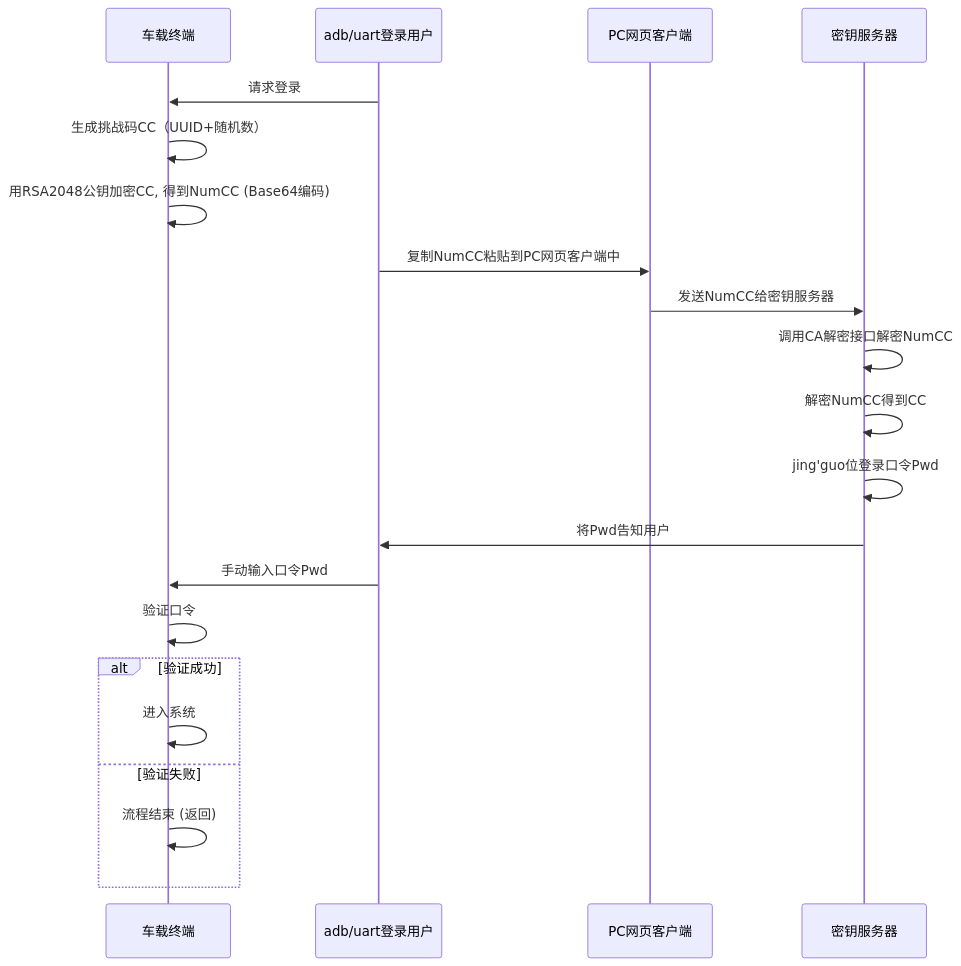
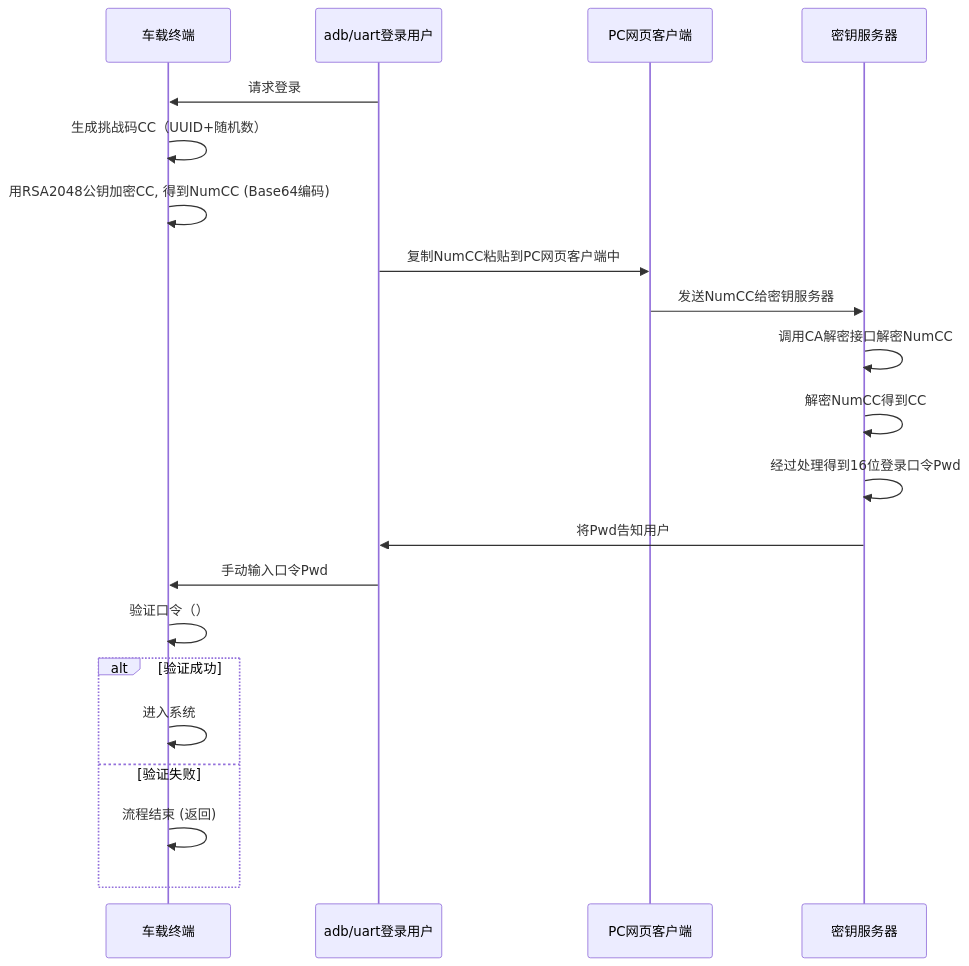
One commit to facebook-cloud/iodraw-files changed the diagram in all/未命名-14.md. Above: the diagram before and after it, drawn with Mermaid.

Commit message:
2026-02-03 13:30:56 update

````diff
--- a/all/未命名-14.md
+++ b/all/未命名-14.md
@@ -1,27 +1,27 @@
 ```mermaid
 sequenceDiagram
     participant tbox as 车载终端
     participant user as adb/uart登录用户
     participant pc as PC网页客户端
     participant tech_center as 密钥服务器
   
 
     user->>tbox: 请求登录
     tbox->>tbox: 生成挑战码CC（UUID+随机数）
     tbox->>tbox: 用RSA2048公钥加密CC, 得到NumCC (Base64编码)
     user->>pc: 复制NumCC粘贴到PC网页客户端中
     pc->>tech_center: 发送NumCC给密钥服务器
     tech_center->>tech_center: 调用CA解密接口解密NumCC
     tech_center->>tech_center: 解密NumCC得到CC
-    tech_center->>tech_center: jing'guo位登录口令Pwd
+    tech_center->>tech_center: 经过处理得到16位登录口令Pwd
     tech_center->>user: 将Pwd告知用户
     user->>tbox: 手动输入口令Pwd
-    tbox->>tbox: 验证口令
+    tbox->>tbox: 验证口令（）
     alt 验证成功
         tbox->>tbox: 进入系统
     else 验证失败
         tbox->>tbox: 流程结束 (返回)
     end
 
 
 ```
````
